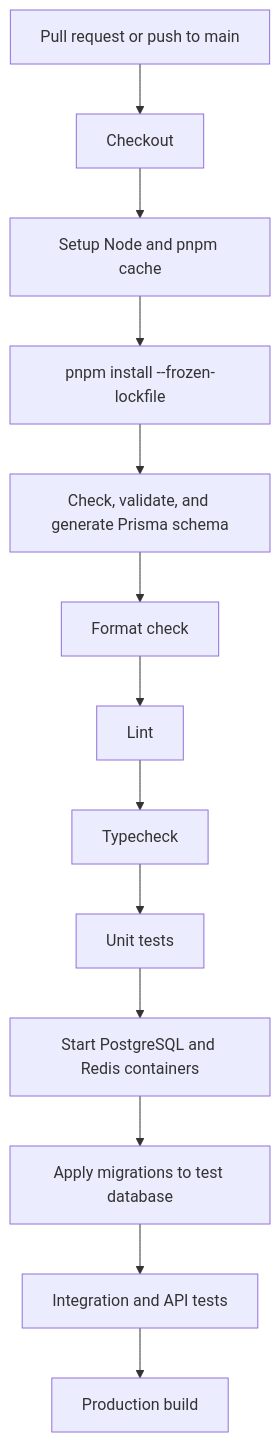
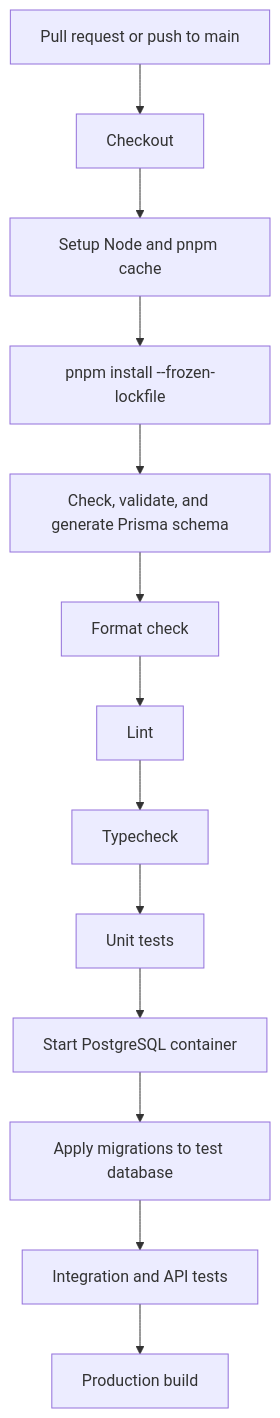
Before and after one commit to ayushs206/owasp-quiz-be: the second of 3 diagrams in docs/engineering.md, drawn with Mermaid. The commit also changed other lines of this file and 4 other files, not shown here.

Commit message:
docs: simplify v1 architecture

````diff
--- a/docs/engineering.md
+++ b/docs/engineering.md
@@ -244,15 +240,15 @@
 ```mermaid
 flowchart TD
     START[Pull request or push to main] --> CHECKOUT[Checkout]
     CHECKOUT --> SETUP[Setup Node and pnpm cache]
     SETUP --> INSTALL[pnpm install --frozen-lockfile]
     INSTALL --> PRISMA[Check, validate, and generate Prisma schema]
     PRISMA --> FORMAT[Format check]
     FORMAT --> LINT[Lint]
     LINT --> TYPES[Typecheck]
     TYPES --> UNIT[Unit tests]
-    UNIT --> SERVICES[Start PostgreSQL and Redis containers]
+    UNIT --> SERVICES[Start PostgreSQL container]
     SERVICES --> MIGRATE[Apply migrations to test database]
     MIGRATE --> INTEGRATION[Integration and API tests]
     INTEGRATION --> BUILD[Production build]
 ```
````
